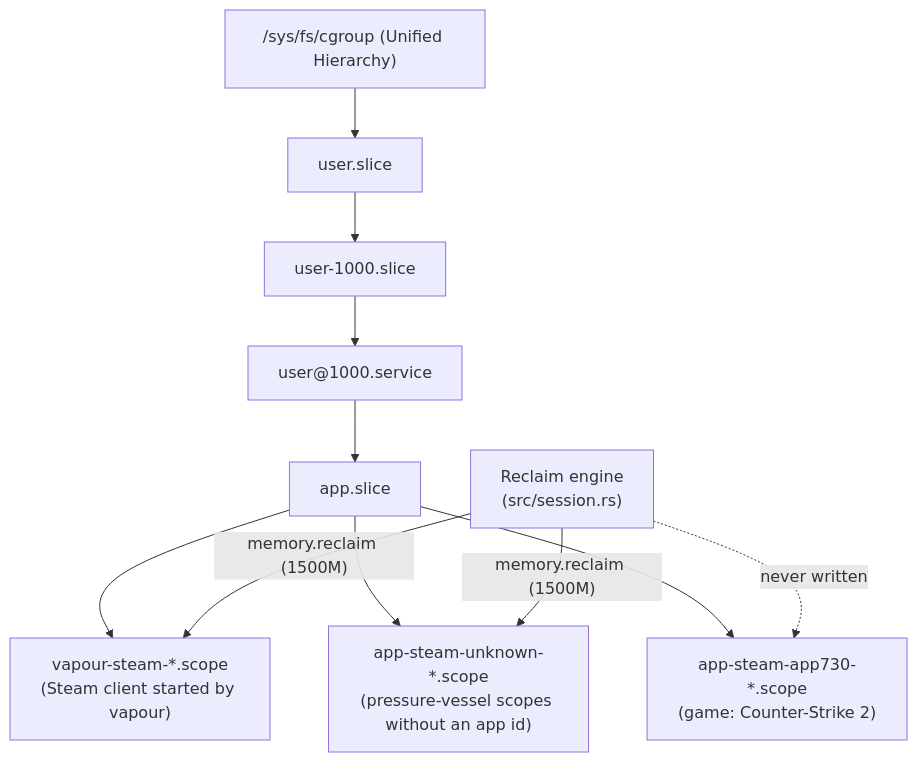
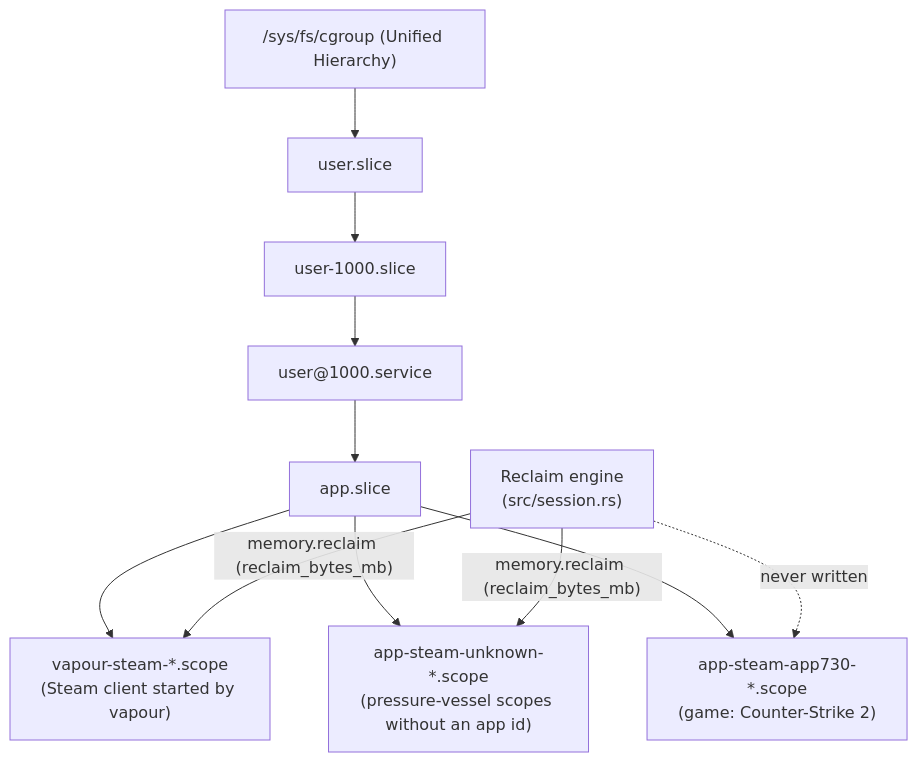
The first of 3 diagrams in ARCHITECTURE.md (peebstr/vapour), drawn with Mermaid before and after one commit. The commit also changed other lines of this file and 14 other files, not shown here.

````diff
--- a/ARCHITECTURE.md
+++ b/ARCHITECTURE.md
@@ -34,17 +34,17 @@
 ```mermaid
 flowchart TD
     Root["/sys/fs/cgroup (Unified Hierarchy)"]
     Root --> UserSlice["user.slice"]
     UserSlice --> UID["user-1000.slice"]
     UID --> UserService["user@1000.service"]
     UserService --> AppSlice["app.slice"]
 
     AppSlice --> CoreDaemon["vapour-steam-*.scope\n(Steam client started by vapour)"]
     AppSlice --> CEFHelper["app-steam-unknown-*.scope\n(pressure-vessel scopes without an app id)"]
     AppSlice --> GameScope["app-steam-app730-*.scope\n(game: Counter-Strike 2)"]
 
     ReclaimEngine["Reclaim engine\n(src/session.rs)"]
-    ReclaimEngine -->|"memory.reclaim (1500M)"| CoreDaemon
-    ReclaimEngine -->|"memory.reclaim (1500M)"| CEFHelper
+    ReclaimEngine -->|"memory.reclaim (reclaim_bytes_mb)"| CoreDaemon
+    ReclaimEngine -->|"memory.reclaim (reclaim_bytes_mb)"| CEFHelper
     ReclaimEngine -.->|"never written"| GameScope
 ```
````
